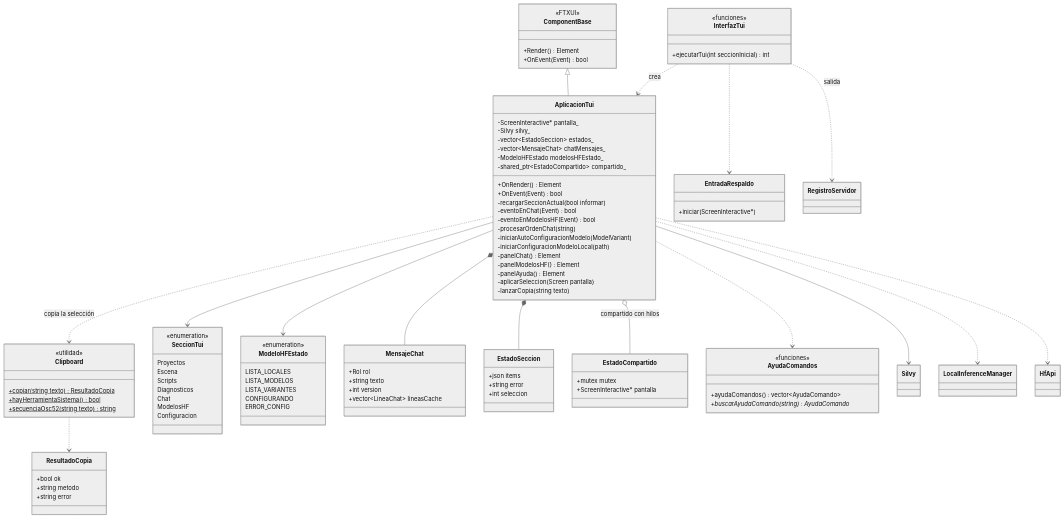
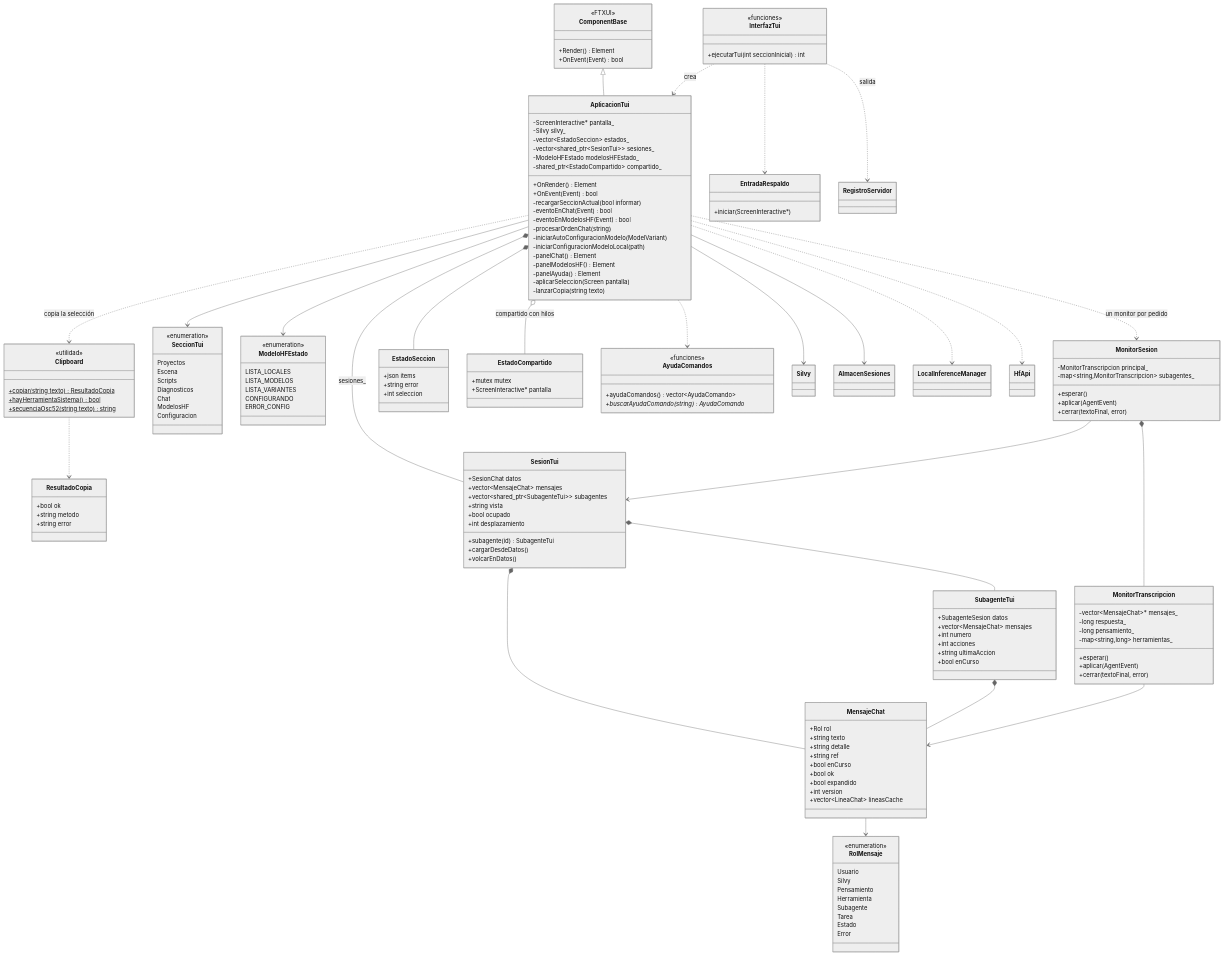
The seventh of 7 diagrams in doc/uml/DiagramaClases.es.md (FunshiEngine/FunshiEngineCLI), drawn with Mermaid (neutral theme) before and after one commit. The commit also changed other lines of this file and 8 other files, not shown here.

First line of the commit message:
docs: sesiones, RAG, subagentes y monitoreo del agente

```diff
--- a/doc/uml/DiagramaClases.es.md
+++ b/doc/uml/DiagramaClases.es.md
@@ -436,7 +599,7 @@
         -ScreenInteractive* pantalla_
         -Silvy silvy_
         -vector~EstadoSeccion~ estados_
-        -vector~MensajeChat~ chatMensajes_
+        -vector~shared_ptr~SesionTui~~ sesiones_
         -ModeloHFEstado modelosHFEstado_
         -shared_ptr~EstadoCompartido~ compartido_
         +OnRender() Element
@@ -485,8 +648,59 @@
     class MensajeChat {
         +Rol rol
         +string texto
+        +string detalle
+        +string ref
+        +bool enCurso
+        +bool ok
+        +bool expandido
         +int version
         +vector~LineaChat~ lineasCache
+    }
+    class RolMensaje {
+        <<enumeration>>
+        Usuario
+        Silvy
+        Pensamiento
+        Herramienta
+        Subagente
+        Tarea
+        Estado
+        Error
+    }
+    class SesionTui {
+        +SesionChat datos
+        +vector~MensajeChat~ mensajes
+        +vector~shared_ptr~SubagenteTui~~ subagentes
+        +string vista
+        +bool ocupado
+        +int desplazamiento
+        +subagente(id) SubagenteTui
+        +cargarDesdeDatos()
+        +volcarEnDatos()
+    }
+    class SubagenteTui {
+        +SubagenteSesion datos
+        +vector~MensajeChat~ mensajes
+        +int numero
+        +int acciones
+        +string ultimaAccion
+        +bool enCurso
+    }
+    class MonitorSesion {
+        -MonitorTranscripcion principal_
+        -map~string,MonitorTranscripcion~ subagentes_
+        +esperar()
+        +aplicar(AgentEvent)
+        +cerrar(textoFinal, error)
+    }
+    class MonitorTranscripcion {
+        -vector~MensajeChat~* mensajes_
+        -long respuesta_
+        -long pensamiento_
+        -map~string,long~ herramientas_
+        +esperar()
+        +aplicar(AgentEvent)
+        +cerrar(textoFinal, error)
     }
     class EstadoSeccion {
         +json items
@@ -514,7 +728,16 @@
     AplicacionTui --> Silvy
     AplicacionTui --> SeccionTui
     AplicacionTui --> ModeloHFEstado
-    AplicacionTui *-- MensajeChat
+    AplicacionTui *-- SesionTui : sesiones_
+    SesionTui *-- MensajeChat
+    SesionTui *-- SubagenteTui
+    SubagenteTui *-- MensajeChat
+    MensajeChat --> RolMensaje
+    AplicacionTui ..> MonitorSesion : un monitor por pedido
+    MonitorSesion *-- MonitorTranscripcion
+    MonitorSesion --> SesionTui
+    MonitorTranscripcion --> MensajeChat
+    AplicacionTui --> AlmacenSesiones
     AplicacionTui *-- EstadoSeccion
     AplicacionTui o-- EstadoCompartido : compartido con hilos
     AplicacionTui ..> AyudaComandos
```
